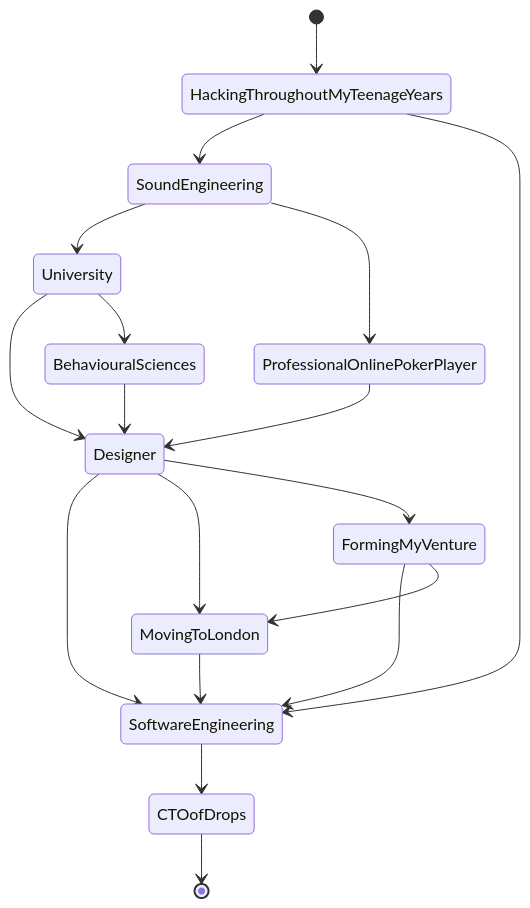
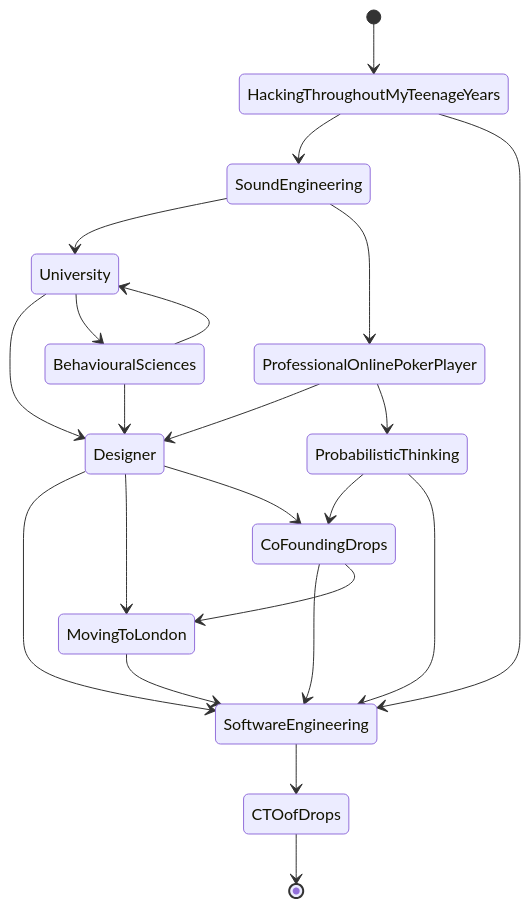
One commit to almostintuitive/itchingpixels.github.io changed the diagram in content/docs/about.md. Above: the diagram before and after it, drawn with Mermaid. The commit also changed other lines of this file, not shown here.

Commit message:
content: about flow chart

```diff
--- a/content/docs/about.md
+++ b/content/docs/about.md
@@ -12,24 +12,25 @@
 {{< mermaid >}}
 
 stateDiagram
   [*] --> HackingThroughoutMyTeenageYears
   HackingThroughoutMyTeenageYears --> SoundEngineering
-  state fork_state
-    SoundEngineering --> University
-    SoundEngineering --> ProfessionalOnlinePokerPlayer
-
-  state join_state
-    University --> Designer
-    University --> BehaviouralSciences
-    BehaviouralSciences --> Designer
-    ProfessionalOnlinePokerPlayer --> Designer
-  FormingMyVenture --> SoftwareEngineering
+  SoundEngineering --> University
+  SoundEngineering --> ProfessionalOnlinePokerPlayer
+  University --> Designer
+  University --> BehaviouralSciences
+  BehaviouralSciences --> University
+  BehaviouralSciences --> Designer
+  ProfessionalOnlinePokerPlayer --> Designer
+  ProfessionalOnlinePokerPlayer --> ProbabilisticThinking
+  ProbabilisticThinking --> CoFoundingDrops
+  CoFoundingDrops --> SoftwareEngineering
   Designer --> SoftwareEngineering
   Designer --> MovingToLondon
   MovingToLondon --> SoftwareEngineering
-  Designer --> FormingMyVenture
-  FormingMyVenture --> MovingToLondon
+  Designer --> CoFoundingDrops
+  CoFoundingDrops --> MovingToLondon
   HackingThroughoutMyTeenageYears --> SoftwareEngineering
+  ProbabilisticThinking --> SoftwareEngineering
   SoftwareEngineering --> CTOofDrops
   CTOofDrops --> [*]
 {{< /mermaid >}}
```
